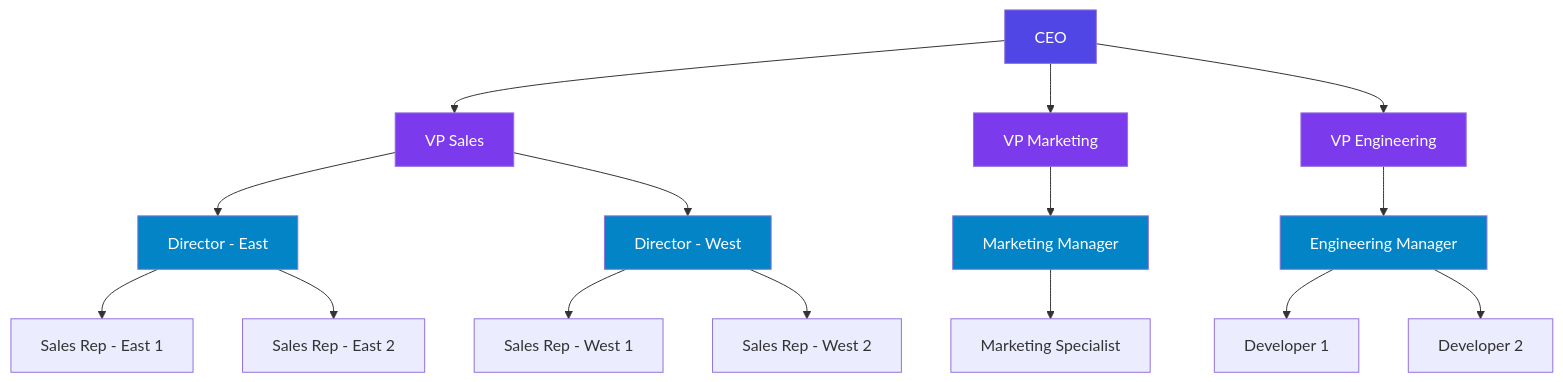
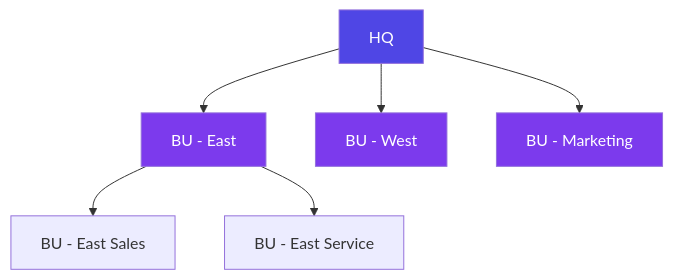
One commit to objectstack-ai/framework changed the first of 2 diagrams in content/docs/permissions/permissions-matrix.mdx. Above: the diagram before and after it, drawn with Mermaid. The commit also changed other lines of this file and 11 other files, not shown here.

````diff
--- a/content/docs/permissions/permissions-matrix.mdx
+++ b/content/docs/permissions/permissions-matrix.mdx
@@ -221,46 +219,20 @@
 ```mermaid
 graph TD
-    CEO[CEO]
-    VP_SALES[VP Sales]
-    VP_MKT[VP Marketing]
-    VP_ENG[VP Engineering]
-    DIR_EAST[Director - East]
-    DIR_WEST[Director - West]
-    MKT_MGR[Marketing Manager]
-    ENG_MGR[Engineering Manager]
-    REP_1[Sales Rep - East 1]
-    REP_2[Sales Rep - East 2]
-    REP_3[Sales Rep - West 1]
-    REP_4[Sales Rep - West 2]
-    MKT_SPEC[Marketing Specialist]
-    DEV_1[Developer 1]
-    DEV_2[Developer 2]
+    HQ[HQ]
+    EAST[BU - East]
+    WEST[BU - West]
+    MKT[BU - Marketing]
+    EAST_SALES[BU - East Sales]
+    EAST_SVC[BU - East Service]
 
-    CEO --> VP_SALES
-    CEO --> VP_MKT
-    CEO --> VP_ENG
+    HQ --> EAST
+    HQ --> WEST
+    HQ --> MKT
+    EAST --> EAST_SALES
+    EAST --> EAST_SVC
 
-    VP_SALES --> DIR_EAST
-    VP_SALES --> DIR_WEST
-
-    VP_MKT --> MKT_MGR
-    VP_ENG --> ENG_MGR
-
-    DIR_EAST --> REP_1
-    DIR_EAST --> REP_2
-    DIR_WEST --> REP_3
-    DIR_WEST --> REP_4
-
-    MKT_MGR --> MKT_SPEC
-    ENG_MGR --> DEV_1
-    ENG_MGR --> DEV_2
-
-    style CEO fill:#4f46e5,color:#fff
-    style VP_SALES fill:#7c3aed,color:#fff
-    style VP_MKT fill:#7c3aed,color:#fff
-    style VP_ENG fill:#7c3aed,color:#fff
-    style DIR_EAST fill:#0284c7,color:#fff
-    style DIR_WEST fill:#0284c7,color:#fff
-    style MKT_MGR fill:#0284c7,color:#fff
-    style ENG_MGR fill:#0284c7,color:#fff
+    style HQ fill:#4f46e5,color:#fff
+    style EAST fill:#7c3aed,color:#fff
+    style WEST fill:#7c3aed,color:#fff
+    style MKT fill:#7c3aed,color:#fff
 ```
````
